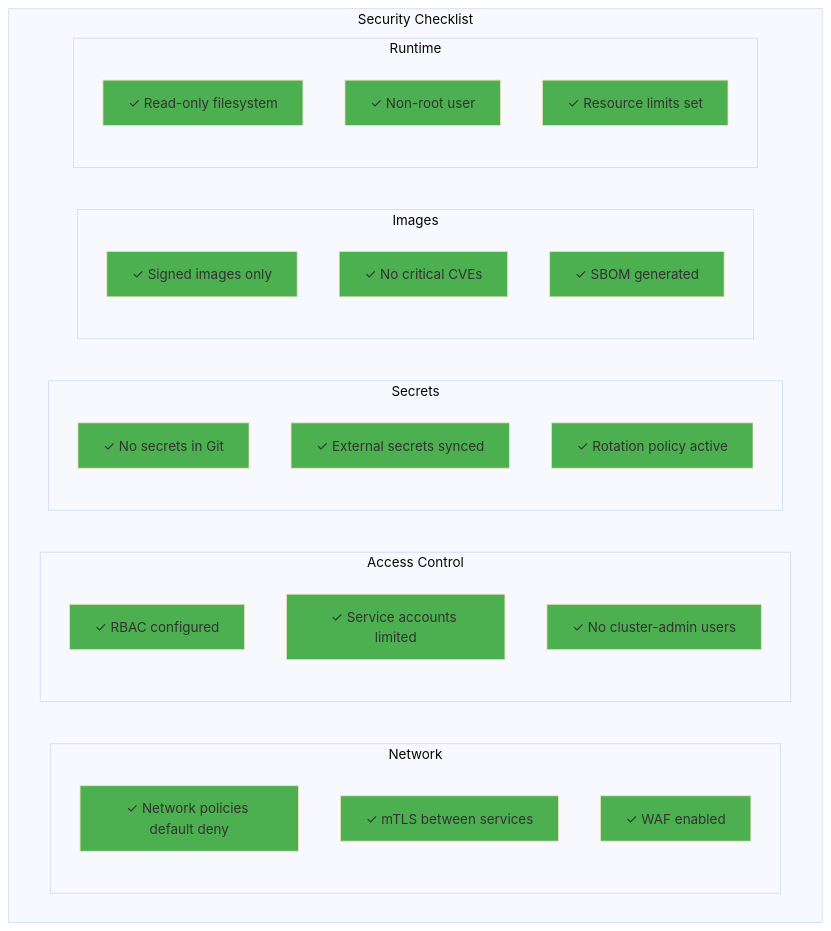
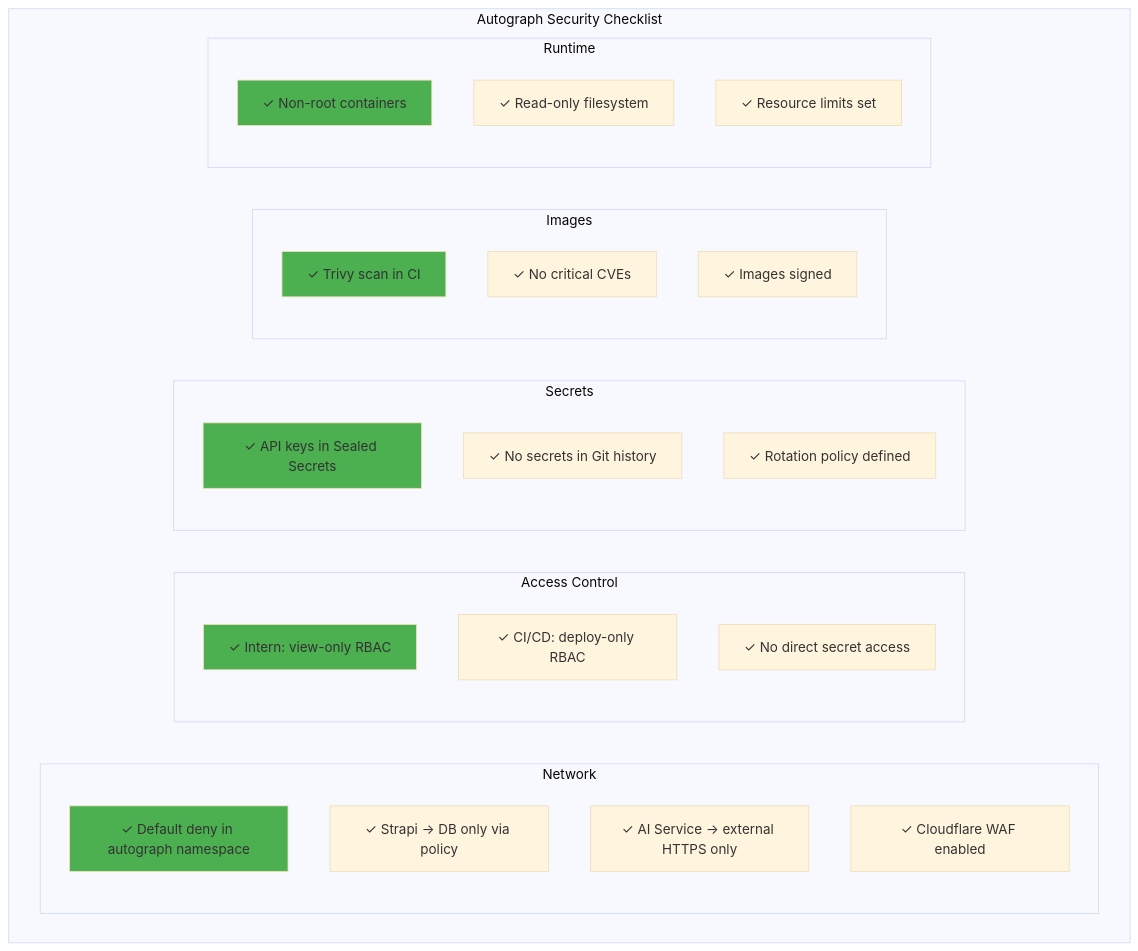
Before and after one commit to PearlThoughtsInternship/Internship-Obsidian-Vault: the eighth of 8 diagrams in DevOps/03-Platform/03-Security.md, drawn with Mermaid (base theme). The commit also changed other lines of this file and 1 other file, not shown here.

First line of the commit message:
rebrand: Product Vision + Security with Autograph context

````diff
--- a/DevOps/03-Platform/03-Security.md
+++ b/DevOps/03-Platform/03-Security.md
@@ -708,50 +692,41 @@
 ```mermaid
 flowchart TB
-    subgraph Checklist["Security Checklist"]
+    subgraph Checklist["Autograph Security Checklist"]
         subgraph Network["Network"]
-            N1["✓ Network policies default deny"]
-            N2["✓ mTLS between services"]
-            N3["✓ WAF enabled"]
+            N1["✓ Default deny in autograph namespace"]
+            N2["✓ Strapi → DB only via policy"]
+            N3["✓ AI Service → external HTTPS only"]
+            N4["✓ Cloudflare WAF enabled"]
         end
 
         subgraph Access["Access Control"]
-            A1["✓ RBAC configured"]
-            A2["✓ Service accounts limited"]
-            A3["✓ No cluster-admin users"]
+            A1["✓ Intern: view-only RBAC"]
+            A2["✓ CI/CD: deploy-only RBAC"]
+            A3["✓ No direct secret access"]
         end
 
         subgraph Secrets["Secrets"]
-            S1["✓ No secrets in Git"]
-            S2["✓ External secrets synced"]
-            S3["✓ Rotation policy active"]
+            S1["✓ API keys in Sealed Secrets"]
+            S2["✓ No secrets in Git history"]
+            S3["✓ Rotation policy defined"]
         end
 
         subgraph Images["Images"]
-            I1["✓ Signed images only"]
+            I1["✓ Trivy scan in CI"]
             I2["✓ No critical CVEs"]
-            I3["✓ SBOM generated"]
+            I3["✓ Images signed"]
         end
 
         subgraph Runtime["Runtime"]
-            R1["✓ Read-only filesystem"]
-            R2["✓ Non-root user"]
+            R1["✓ Non-root containers"]
+            R2["✓ Read-only filesystem"]
             R3["✓ Resource limits set"]
         end
     end
 
     style N1 fill:#4CAF50
-    style N2 fill:#4CAF50
-    style N3 fill:#4CAF50
     style A1 fill:#4CAF50
-    style A2 fill:#4CAF50
-    style A3 fill:#4CAF50
     style S1 fill:#4CAF50
-    style S2 fill:#4CAF50
-    style S3 fill:#4CAF50
     style I1 fill:#4CAF50
-    style I2 fill:#4CAF50
-    style I3 fill:#4CAF50
     style R1 fill:#4CAF50
-    style R2 fill:#4CAF50
-    style R3 fill:#4CAF50
 ```
````
